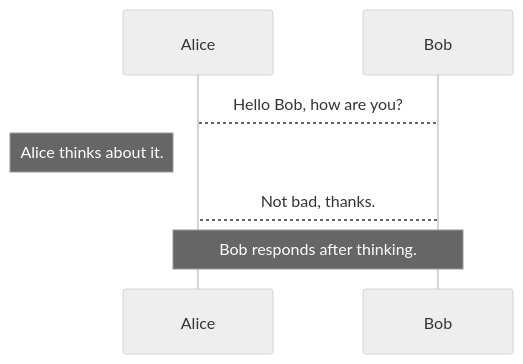
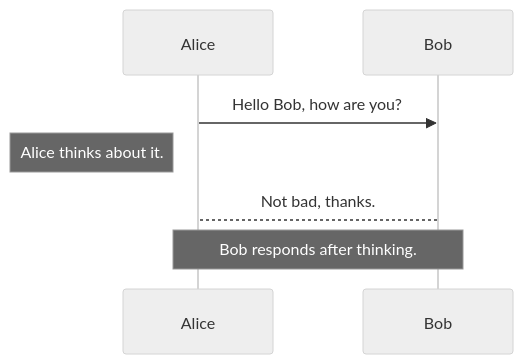
One commit to poppop9/obsidian-new changed the sixth of 8 diagrams in 临时笔记/MarkDown 语法.md. Above: the diagram before and after it, drawn with Mermaid (neutral theme). The commit also changed 11 other files, not shown here.

````diff
--- a/临时笔记/MarkDown 语法.md
+++ b/临时笔记/MarkDown 语法.md
@@ -353,11 +353,11 @@
 ```mermaid
 sequenceDiagram
     participant Alice
     participant Bob
 
-    Alice-->Bob: Hello Bob, how are you?
+    Alice->>Bob: Hello Bob, how are you?
     Note left of Alice: Alice thinks about it.
     
     Bob-->Alice: Not bad, thanks.
     Note over Bob,Alice: Bob responds after thinking.
 ```
````
